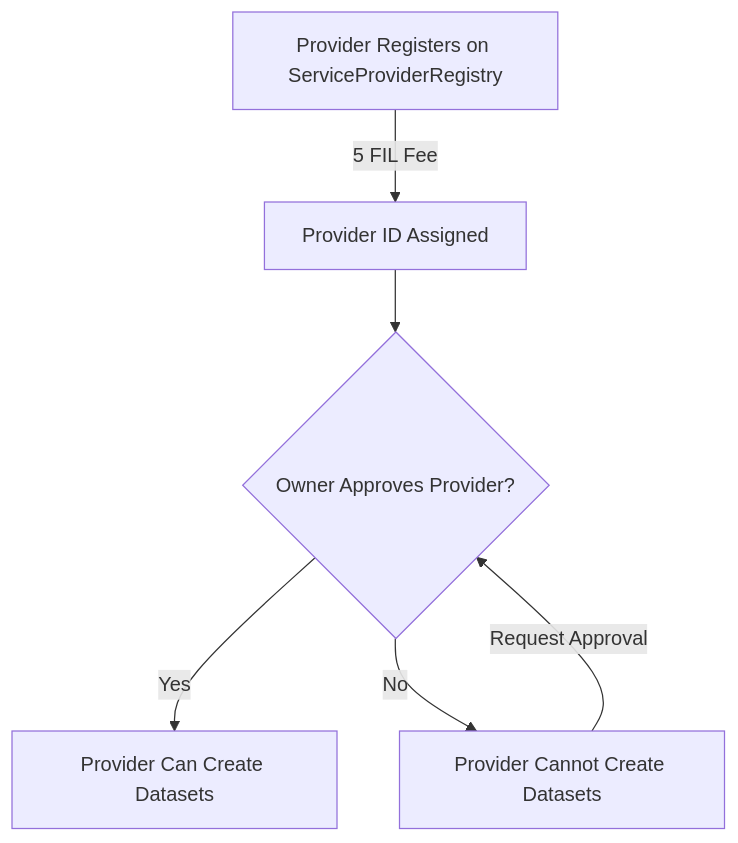
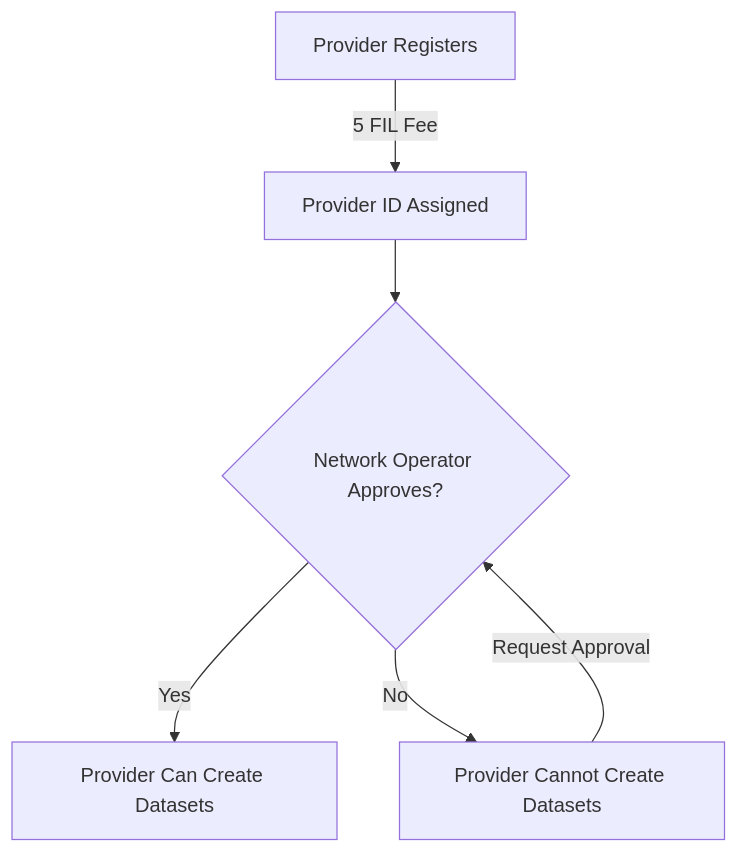
Before and after one commit to storacha/piri: the diagram in tools/service-operator/PROVIDER_APPROVAL_GUIDE.md, drawn with Mermaid. The commit also changed other lines of this file and 2 other files, not shown here.

Commit message:
update operator README and docs, include approved providers

````diff
--- a/tools/service-operator/PROVIDER_APPROVAL_GUIDE.md
+++ b/tools/service-operator/PROVIDER_APPROVAL_GUIDE.md
@@ -26,8 +16,8 @@
 ```mermaid
 graph TD
-    A[Provider Registers on ServiceProviderRegistry] -->|5 FIL Fee| B[Provider ID Assigned]
-    B --> C{Owner Approves Provider?}
+    A[Provider Registers] -->|5 FIL Fee| B[Provider ID Assigned]
+    B --> C{Network Operator Approves?}
     C -->|Yes| D[Provider Can Create Datasets]
     C -->|No| E[Provider Cannot Create Datasets]
     E -->|Request Approval| C
 ```
````
